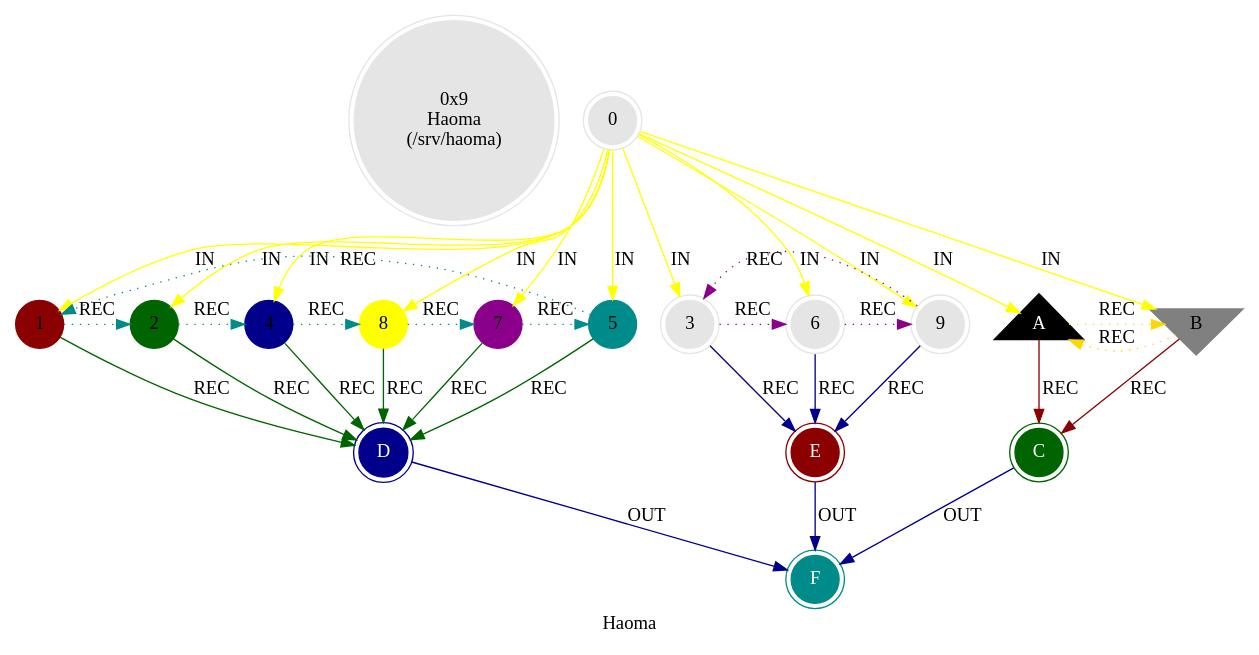
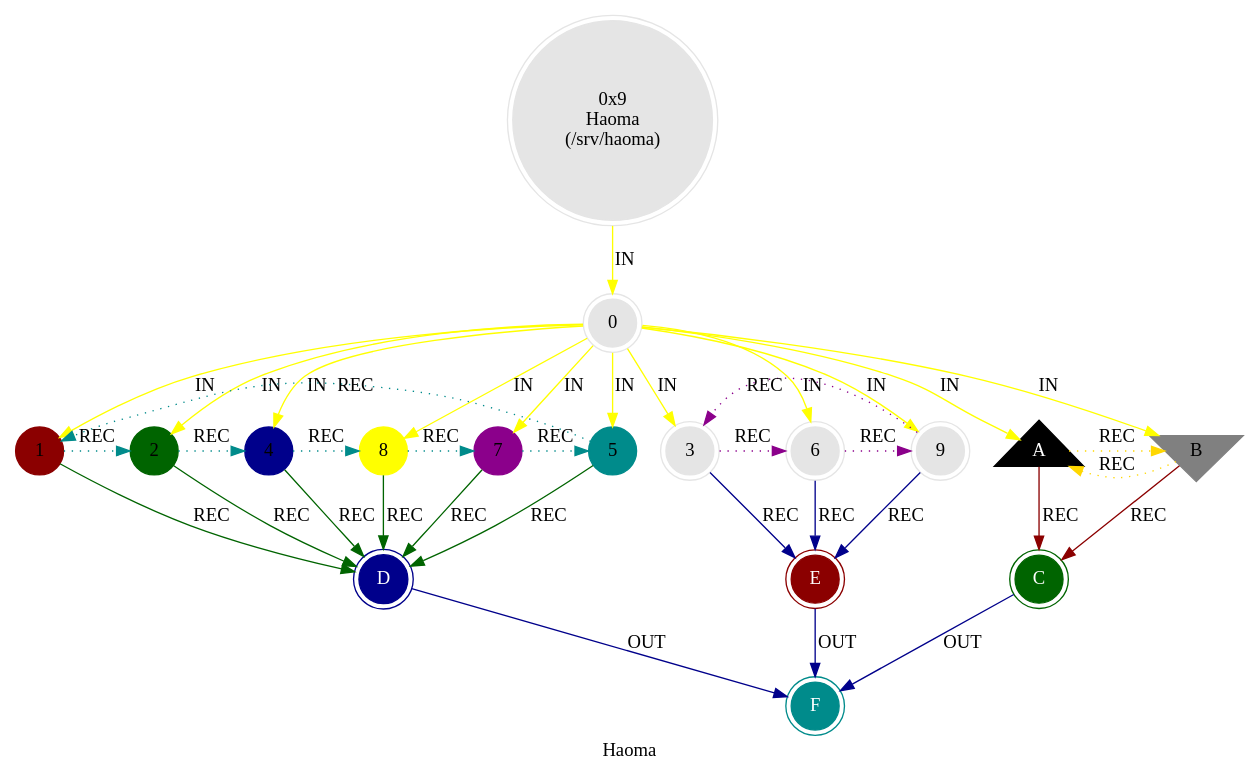
One commit to cilang/mythos changed the diagram in src/core/mythos_sys_haoma.dot. Above: the diagram before and after it, drawn with Graphviz. The commit also changed 5 other files, not shown here.

```diff
--- a/src/core/mythos_sys_haoma.dot
+++ b/src/core/mythos_sys_haoma.dot
@@ -1,44 +1,44 @@
 digraph G {
     label = "Haoma";
     style = filled;
     color = red;
     comment = "";
     node [shape = polygon; sides = 6; style = filled; color = grey90;];
     
     spark_9_mythos_t [label = "0x9\nHaoma\n(/srv/haoma)";shape = doublecircle;];
     
     // The Sacred 3-6-9 (Boundary of Perception).
     // "If you knew the magnificence of 3, 6, and 9, you would have a key to the universe." — Tesla.
     // The 1-2-4-8-7-5 Vortex (Boundary of Comprehension).
-    spark_0_t [label = "0";shape = doublecircle;comment = "";];
-    spark_1_t [label = "1";shape = circle;color = darkred;comment = "";];
-    spark_2_t [label = "2";shape = circle;color = darkgreen;comment = "";];
-    spark_4_t [label = "4";shape = circle;color = darkblue;comment = "";];
-    spark_8_t [label = "8";shape = circle;color = yellow;comment = "";];
-    spark_7_t [label = "7";shape = circle;color = darkmagenta;comment = "";];
-    spark_5_t [label = "5";shape = circle;color = darkcyan;comment = "";];
-    spark_3_t [label = "3";shape = doublecircle;comment = "";];
-    spark_6_t [label = "6";shape = doublecircle;comment = "";];
-    spark_9_t [label = "9";shape = doublecircle;comment = "";];
-    spark_a_t [label = "A";shape = triangle;color = black;fontcolor = white;comment = "";];
-    spark_b_t [label = "B";shape = invtriangle;color = grey;comment = "";];
-    spark_c_t [label = "C";shape = doublecircle;color = darkgreen;style = filled;fontcolor = white;];
-    spark_d_t [label = "D";shape = doublecircle;color = darkblue;style = filled;fontcolor = white;];
-    spark_e_t [label = "E";shape = doublecircle;color = darkred;style = filled;fontcolor = white;];
-    spark_f_t [label = "F";shape = doublecircle;color = darkcyan;style = filled;fontcolor = white;];
+    spark_0_haoma_t [label = "0";shape = doublecircle;comment = "";];
+    spark_1_haoma_t [label = "1";shape = circle;color = darkred;comment = "";];
+    spark_2_haoma_t [label = "2";shape = circle;color = darkgreen;comment = "";];
+    spark_4_haoma_t [label = "4";shape = circle;color = darkblue;comment = "";];
+    spark_8_haoma_t [label = "8";shape = circle;color = yellow;comment = "";];
+    spark_7_haoma_t [label = "7";shape = circle;color = darkmagenta;comment = "";];
+    spark_5_haoma_t [label = "5";shape = circle;color = darkcyan;comment = "";];
+    spark_3_haoma_t [label = "3";shape = doublecircle;comment = "";];
+    spark_6_haoma_t [label = "6";shape = doublecircle;comment = "";];
+    spark_9_haoma_t [label = "9";shape = doublecircle;comment = "";];
+    spark_a_haoma_t [label = "A";shape = triangle;color = black;fontcolor = white;comment = "";];
+    spark_b_haoma_t [label = "B";shape = invtriangle;color = grey;comment = "";];
+    spark_c_haoma_t [label = "C";shape = doublecircle;color = darkgreen;style = filled;fontcolor = white;];
+    spark_d_haoma_t [label = "D";shape = doublecircle;color = darkblue;style = filled;fontcolor = white;];
+    spark_e_haoma_t [label = "E";shape = doublecircle;color = darkred;style = filled;fontcolor = white;];
+    spark_f_haoma_t [label = "F";shape = doublecircle;color = darkcyan;style = filled;fontcolor = white;];
     
     // IN = Input
     // OUT = Output
     // REC = Recursion
-    spark_0_t -> {spark_a_t spark_b_t spark_1_t spark_2_t spark_3_t spark_4_t spark_5_t spark_6_t spark_7_t spark_8_t spark_9_t} [label = "IN"; color = yellow; comment = "";];
+    spark_9_mythos_t -> spark_0_haoma_t -> {spark_a_haoma_t spark_b_haoma_t spark_1_haoma_t spark_2_haoma_t spark_3_haoma_t spark_4_haoma_t spark_5_haoma_t spark_6_haoma_t spark_7_haoma_t spark_8_haoma_t spark_9_haoma_t} [label = "IN"; color = yellow; comment = "";];
     
-    {spark_a_t spark_b_t} -> spark_c_t [label = "REC"; color = darkred; comment = "";];
-    {spark_1_t spark_2_t spark_4_t spark_8_t spark_7_t spark_5_t} -> spark_d_t [label = "REC"; color = darkgreen; comment = "";];
-    {spark_3_t spark_6_t spark_9_t} -> spark_e_t [label = "REC"; color = darkblue; comment = "";];
+    {spark_a_haoma_t spark_b_haoma_t} -> spark_c_haoma_t [label = "REC"; color = darkred; comment = "";];
+    {spark_1_haoma_t spark_2_haoma_t spark_4_haoma_t spark_8_haoma_t spark_7_haoma_t spark_5_haoma_t} -> spark_d_haoma_t [label = "REC"; color = darkgreen; comment = "";];
+    {spark_3_haoma_t spark_6_haoma_t spark_9_haoma_t} -> spark_e_haoma_t [label = "REC"; color = darkblue; comment = "";];
     
-    spark_1_t -> spark_2_t -> spark_4_t -> spark_8_t -> spark_7_t -> spark_5_t -> spark_1_t [label = "REC"; color = darkcyan; comment = ""; style = dotted; constraint = false;];
-    spark_3_t -> spark_6_t -> spark_9_t -> spark_3_t [label = "REC"; color = darkmagenta; comment = ""; style = dotted; constraint = false;];
-    spark_a_t -> spark_b_t -> spark_a_t [label = "REC"; color = gold; comment = ""; style = dotted; constraint = false;];
+    spark_1_haoma_t -> spark_2_haoma_t -> spark_4_haoma_t -> spark_8_haoma_t -> spark_7_haoma_t -> spark_5_haoma_t -> spark_1_haoma_t [label = "REC"; color = darkcyan; comment = ""; style = dotted; constraint = false;];
+    spark_3_haoma_t -> spark_6_haoma_t -> spark_9_haoma_t -> spark_3_haoma_t [label = "REC"; color = darkmagenta; comment = ""; style = dotted; constraint = false;];
+    spark_a_haoma_t -> spark_b_haoma_t -> spark_a_haoma_t [label = "REC"; color = gold; comment = ""; style = dotted; constraint = false;];
     
-    {spark_c_t spark_d_t spark_e_t} -> spark_f_t [label = "OUT"; color = darkblue; comment = "";];
+    {spark_c_haoma_t spark_d_haoma_t spark_e_haoma_t} -> spark_f_haoma_t [label = "OUT"; color = darkblue; comment = "";];
 }
```
